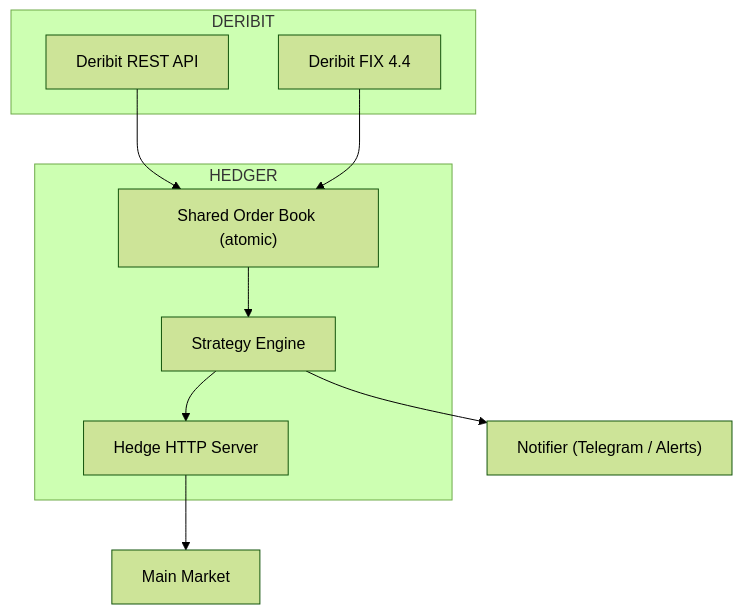
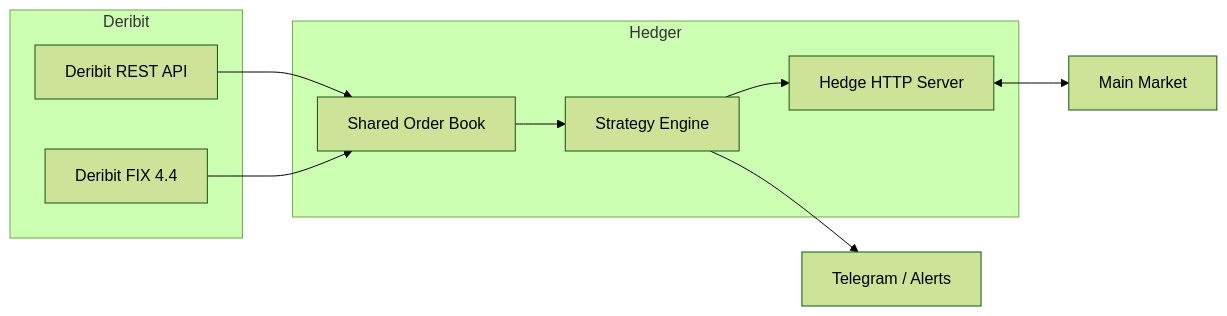
One commit to BK-HStreet/deribit_options_hedger-public changed the diagram in README.md. Above: the diagram before and after it, drawn with Mermaid (forest theme). The commit also changed other lines of this file, not shown here.

Commit message:
readme update

````diff
--- a/README.md
+++ b/README.md
@@ -36,24 +34,23 @@
 ```mermaid
-flowchart TD
-  subgraph DERIBIT
-    REST_API["Deribit REST API"]
-    FIX_API["Deribit FIX 4.4"]
-  end
+flowchart LR
+    subgraph Deribit
+        REST[Deribit REST API]
+        FIX[Deribit FIX 4.4]
+    end
 
-  subgraph HEDGER
-    OB["Shared Order Book (atomic)"]
-    STRAT["Strategy Engine"]
-    HTTP_SERVER["Hedge HTTP Server"]
-  end
+    subgraph Hedger
+        OB[Shared Order Book]
+        Strategy[Strategy Engine]
+        HTTP[Hedge HTTP Server]
+    end
 
-  REST_API --> OB
-  FIX_API --> OB
-  OB --> STRAT
-  STRAT --> HTTP_SERVER
+    REST --> OB
+    FIX --> OB
+    OB --> Strategy
+    Strategy --> HTTP
 
-  MAIN_MARKET["Main Market"]
-  NOTIFIER["Notifier (Telegram / Alerts)"]
+    %% Main market ↔ Hedge HTTP server (bidirectional; main market can push updates to hedger and hedger can notify/ask main market)
+    HTTP <--> MainMarket[Main Market]
 
-  HTTP_SERVER --> MAIN_MARKET
-  STRAT --> NOTIFIER
+    Strategy --> Notifier[Telegram / Alerts]
 ```
````
